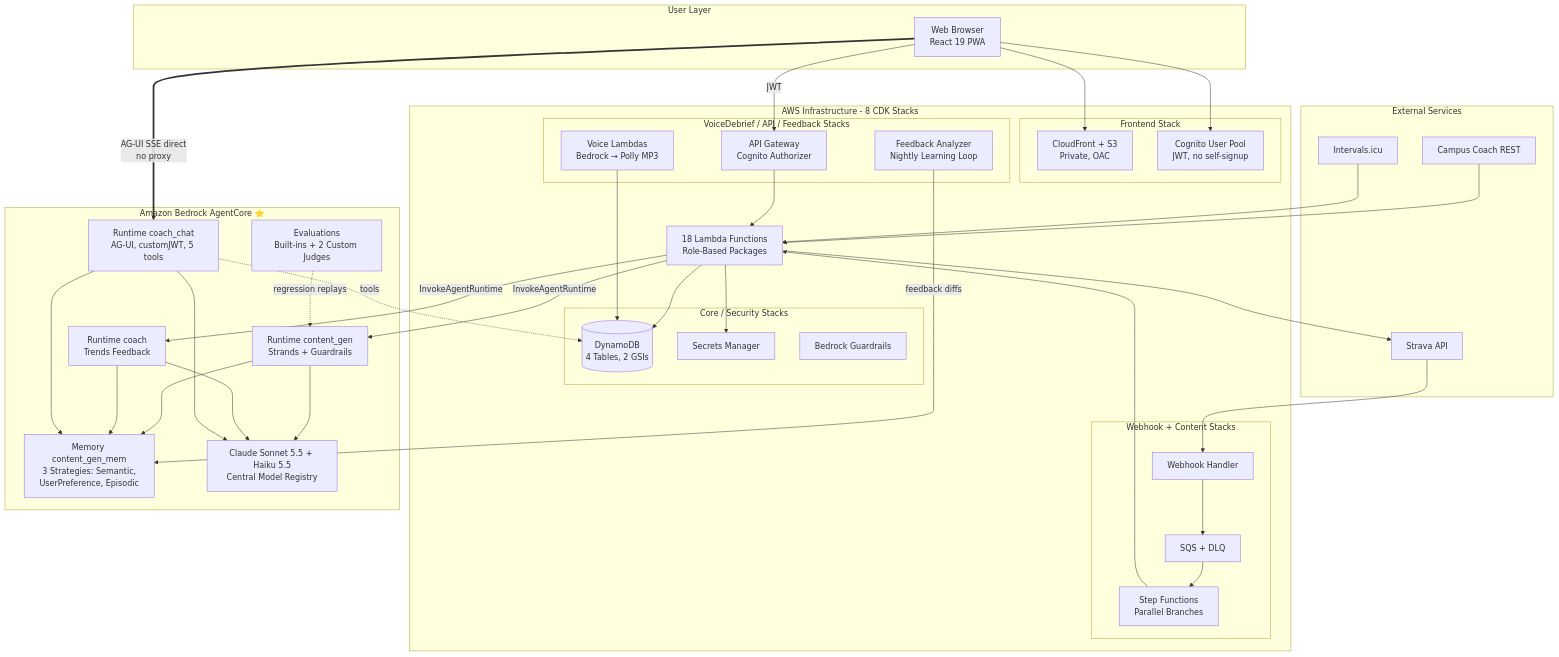
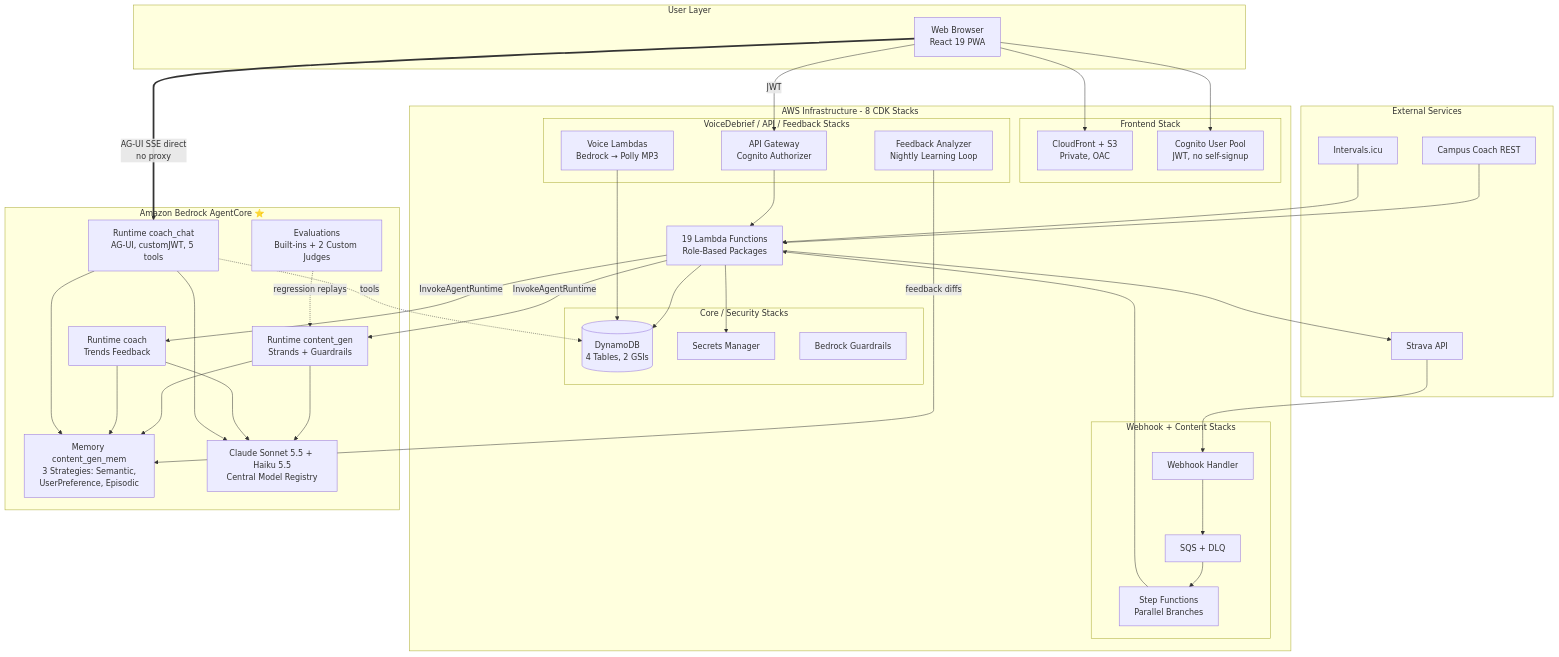
The first of 2 diagrams in README.md (el-pedrito/strava-ai-boost), drawn with Mermaid before and after one commit. The commit also changed other lines of this file and 2 other files, not shown here.

Commit message:
docs: sync Lambda and test counts (19 Lambdas, 1439 tests)

````diff
--- a/README.md
+++ b/README.md
@@ -283,76 +283,76 @@
 ```mermaid
 graph TB
     subgraph "User Layer"
         Browser[Web Browser<br/>React 19 PWA]
     end
 
     subgraph "AWS Infrastructure - 8 CDK Stacks"
         subgraph "Frontend Stack"
             CF[CloudFront + S3<br/>Private, OAC]
             Cognito[Cognito User Pool<br/>JWT, no self-signup]
         end
 
         subgraph "Core / Security Stacks"
             DDB[(DynamoDB<br/>4 Tables, 2 GSIs)]
             Secrets[Secrets Manager]
             Guardrails[Bedrock Guardrails]
         end
 
         subgraph "Webhook + Content Stacks"
             WebhookAPI[Webhook Handler]
             SQS[SQS + DLQ]
             SF[Step Functions<br/>Parallel Branches]
         end
 
         subgraph "VoiceDebrief / API / Feedback Stacks"
             Voice[Voice Lambdas<br/>Bedrock → Polly MP3]
             APIGW[API Gateway<br/>Cognito Authorizer]
             FB[Feedback Analyzer<br/>Nightly Learning Loop]
         end
 
-        Lambdas[18 Lambda Functions<br/>Role-Based Packages]
+        Lambdas[19 Lambda Functions<br/>Role-Based Packages]
     end
 
     subgraph "Amazon Bedrock AgentCore ⭐"
         RTContent[Runtime content_gen<br/>Strands + Guardrails]
         RTCoach[Runtime coach<br/>Trends Feedback]
         RTChat[Runtime coach_chat<br/>AG-UI, customJWT, 5 tools]
         Memory[Memory content_gen_mem<br/>3 Strategies: Semantic,<br/>UserPreference, Episodic]
         Evals[Evaluations<br/>Built-ins + 2 Custom Judges]
         Bedrock[Claude Sonnet 5.5 + Haiku 5.5<br/>Central Model Registry]
     end
 
     subgraph "External Services"
         Strava[Strava API]
         Campus[Campus Coach REST]
         ICU[Intervals.icu]
     end
 
     Browser --> CF
     Browser --> Cognito
     Browser -->|JWT| APIGW
     Browser ==>|AG-UI SSE direct<br/>no proxy| RTChat
     APIGW --> Lambdas
     Lambdas --> DDB
     Lambdas --> Secrets
 
     Strava --> WebhookAPI
     WebhookAPI --> SQS
     SQS --> SF
     SF --> Lambdas
     Lambdas -->|InvokeAgentRuntime| RTContent
     Lambdas -->|InvokeAgentRuntime| RTCoach
     RTContent --> Memory
     RTCoach --> Memory
     RTChat --> Memory
     RTChat -.->|tools| DDB
     RTContent --> Bedrock
     RTCoach --> Bedrock
     RTChat --> Bedrock
     Evals -.->|regression replays| RTContent
     FB -->|feedback diffs| Memory
     Lambdas --> Strava
     Campus --> Lambdas
     ICU --> Lambdas
     Voice --> DDB
 ```
````
